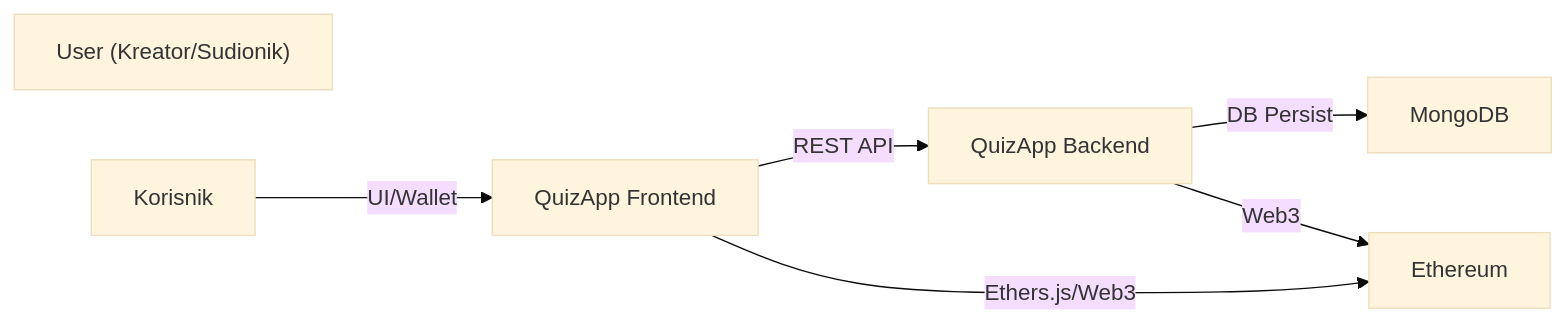
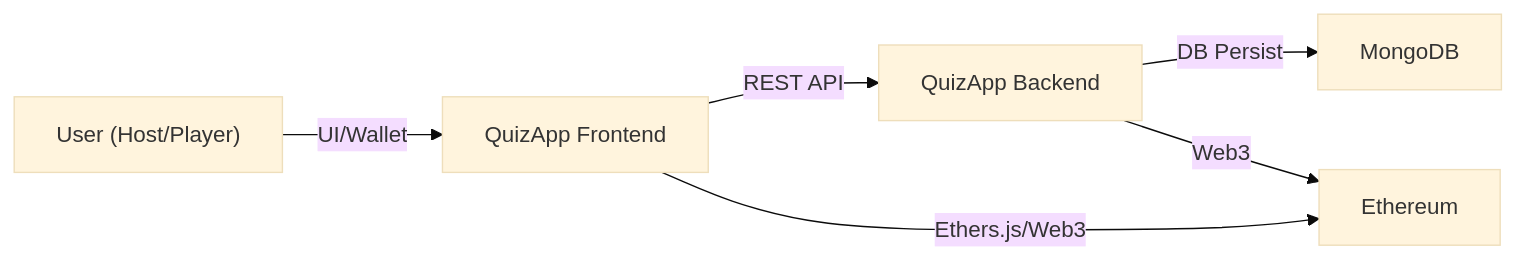
Before and after one commit to ian12-21/QuizApp-Frontend: the first of 6 diagrams in README_Version3.md, drawn with Mermaid (base theme). The commit also changed other lines of this file, not shown here.

````diff
--- a/README_Version3.md
+++ b/README_Version3.md
@@ -9,14 +9,14 @@
 ```mermaid
 flowchart LR
-    User["User (Kreator/Sudionik)"]
+    User["User (Host/Player)"]
     Frontend["QuizApp Frontend"]
     Backend["QuizApp Backend"]
     DB["MongoDB"]
     Ethereum["Ethereum"]
 
-    Korisnik -- "UI/Wallet" --> Frontend
+    User -- "UI/Wallet" --> Frontend
     Frontend -- "REST API" --> Backend
     Backend -- "DB Persist" --> DB
     Backend -- "Web3" --> Ethereum
     Frontend -- "Ethers.js/Web3" --> Ethereum
 ```
````
